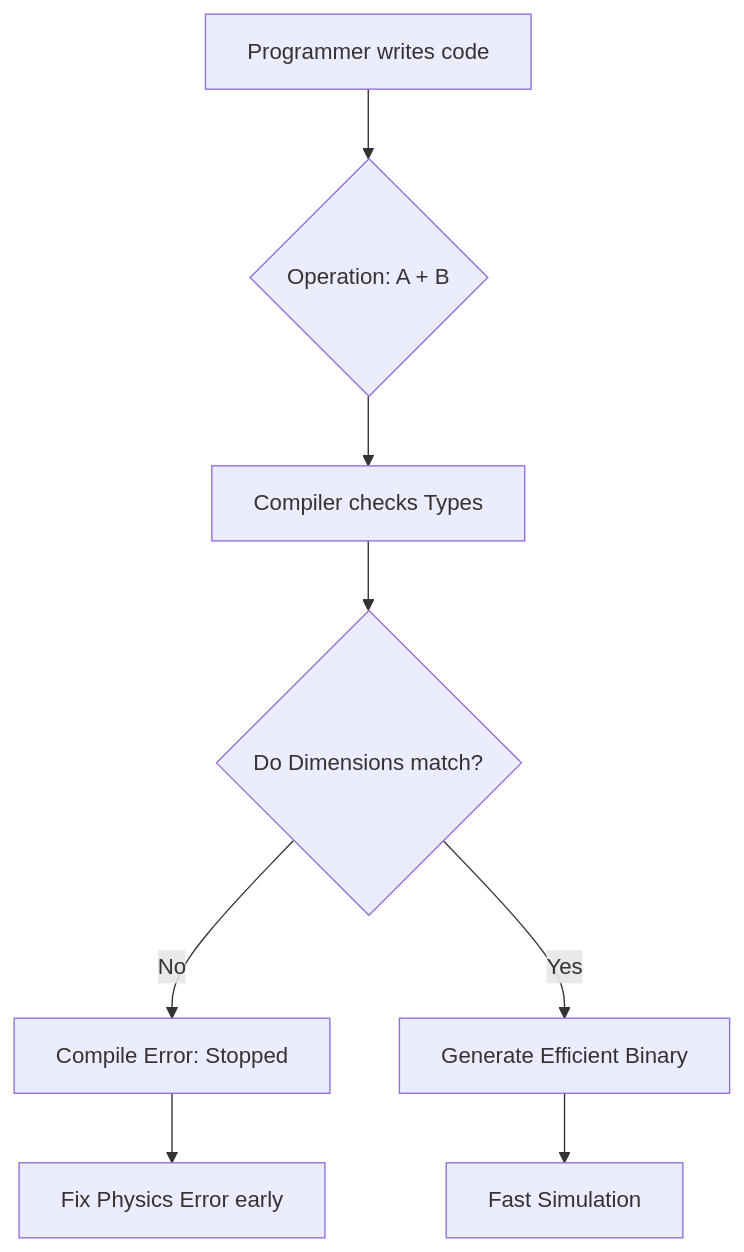
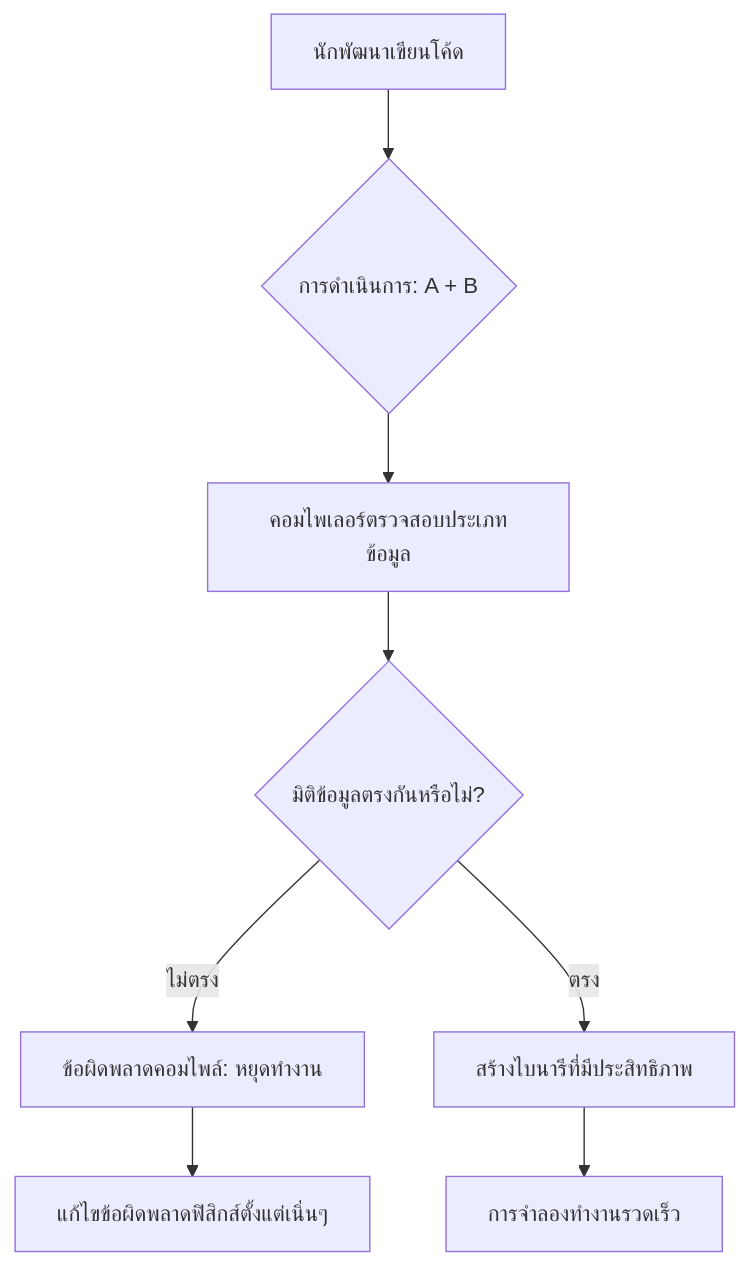
Before and after one commit to wramet/build-my-cfd: the first of 3 diagrams in MODULE_05_OPENFOAM_PROGRAMMING/CONTENT/02_DIMENSIONED_TYPES/02_Physics_Aware_Type_System.md, drawn with Mermaid. The commit also changed other lines of this file and 104 other files, not shown here.

````diff
--- a/MODULE_05_OPENFOAM_PROGRAMMING/CONTENT/02_DIMENSIONED_TYPES/02_Physics_Aware_Type_System.md
+++ b/MODULE_05_OPENFOAM_PROGRAMMING/CONTENT/02_DIMENSIONED_TYPES/02_Physics_Aware_Type_System.md
@@ -41,10 +41,10 @@
 ```mermaid
 flowchart TD
-    A[Programmer writes code] --> B{Operation: A + B}
-    B --> C[Compiler checks Types]
-    C --> D{Do Dimensions match?}
-    D -- No --> E[Compile Error: Stopped]
-    D -- Yes --> F[Generate Efficient Binary]
-    E --> G[Fix Physics Error early]
-    F --> H[Fast Simulation]
+    A[นักพัฒนาเขียนโค้ด] --> B{การดำเนินการ: A + B}
+    B --> C[คอมไพเลอร์ตรวจสอบประเภทข้อมูล]
+    C --> D{มิติข้อมูลตรงกันหรือไม่?}
+    D -- ไม่ตรง --> E[ข้อผิดพลาดคอมไพล์: หยุดทำงาน]
+    D -- ตรง --> F[สร้างไบนารีที่มีประสิทธิภาพ]
+    E --> G[แก้ไขข้อผิดพลาดฟิสิกส์ตั้งแต่เนิ่นๆ]
+    F --> H[การจำลองทำงานรวดเร็ว]
 ```
````
